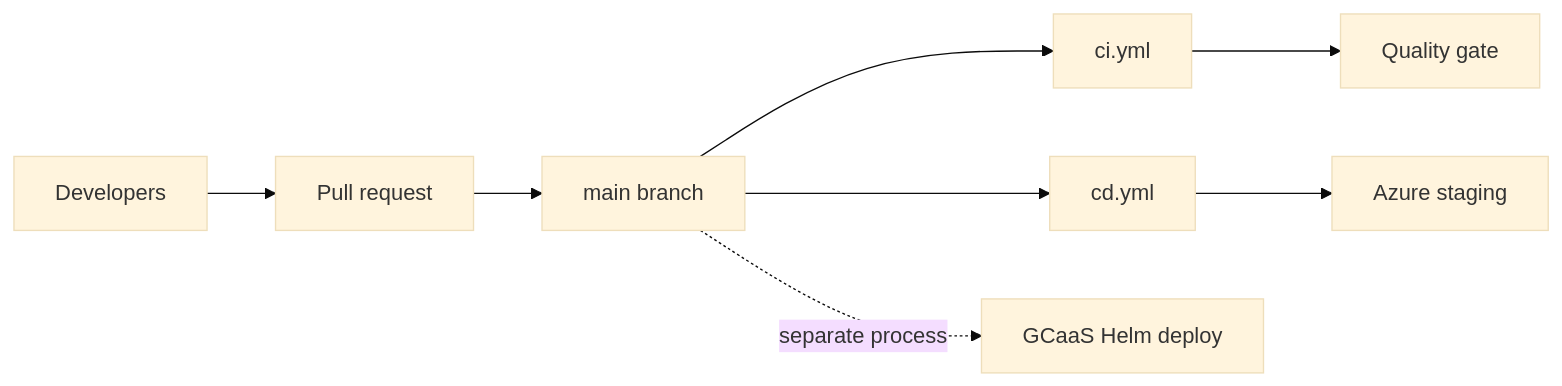
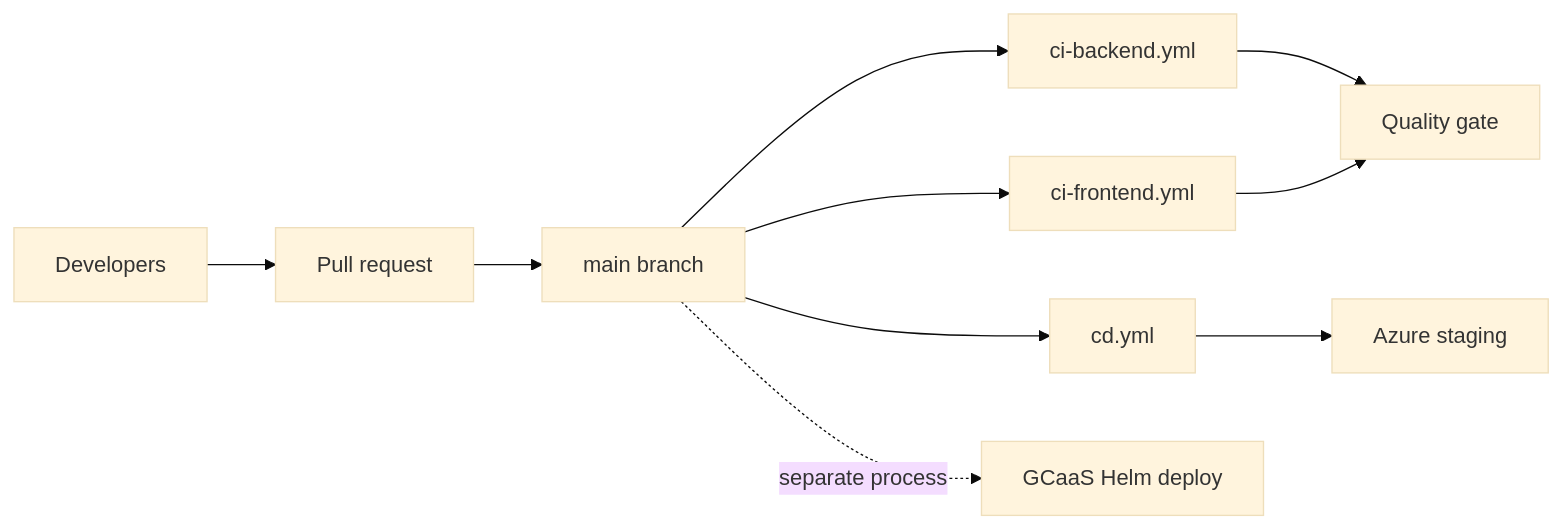
One commit to pablonux/legal-ai-ar changed the diagram in docs/deployment/github-delivery.md. Above: the diagram before and after it, drawn with Mermaid (base theme). The commit also changed other lines of this file and 469 other files, not shown here.

````diff
--- a/docs/deployment/github-delivery.md
+++ b/docs/deployment/github-delivery.md
@@ -27,10 +28,12 @@
 ```mermaid
 flowchart LR
   Dev[Developers] --> PR[Pull request]
   PR --> Main[main branch]
-  Main --> CI[ci.yml]
+  Main --> CIB[ci-backend.yml]
+  Main --> CIF[ci-frontend.yml]
   Main --> CD[cd.yml]
-  CI --> Gate[Quality gate]
+  CIB --> Gate[Quality gate]
+  CIF --> Gate
   CD --> Azure[Azure staging]
   Main -.->|separate process| GCaaS[GCaaS Helm deploy]
 ```
````
